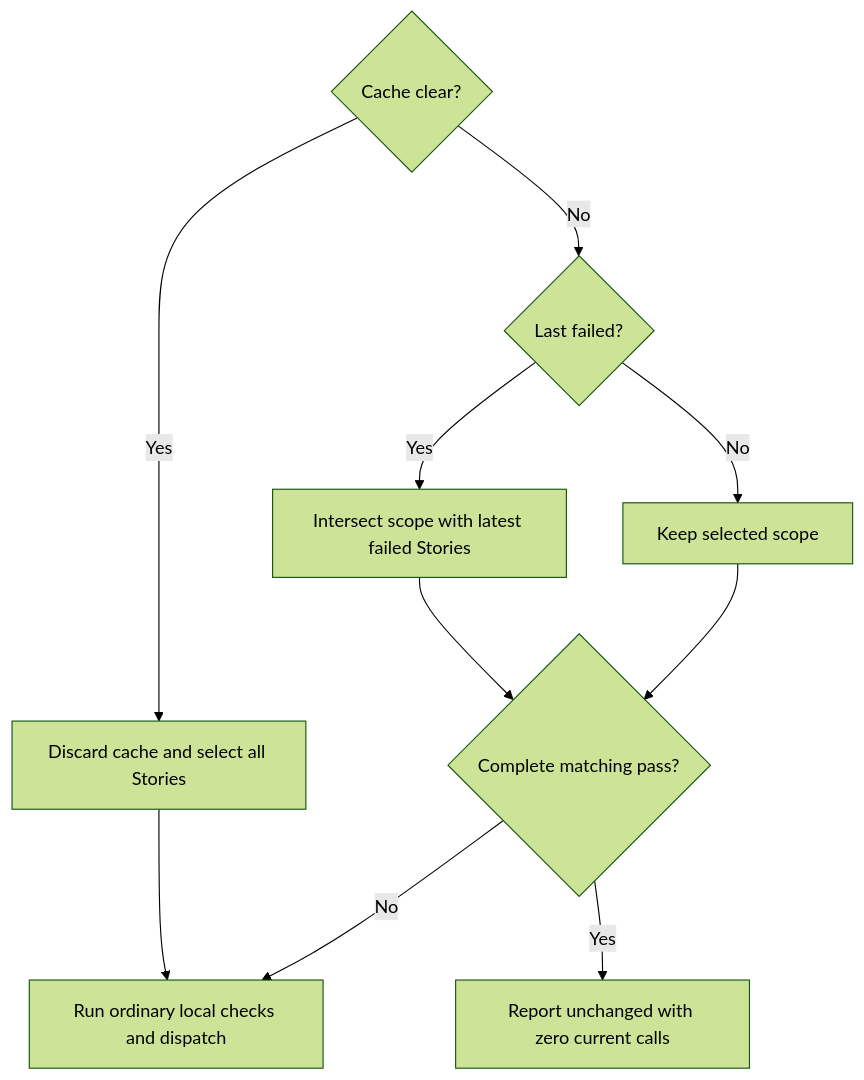
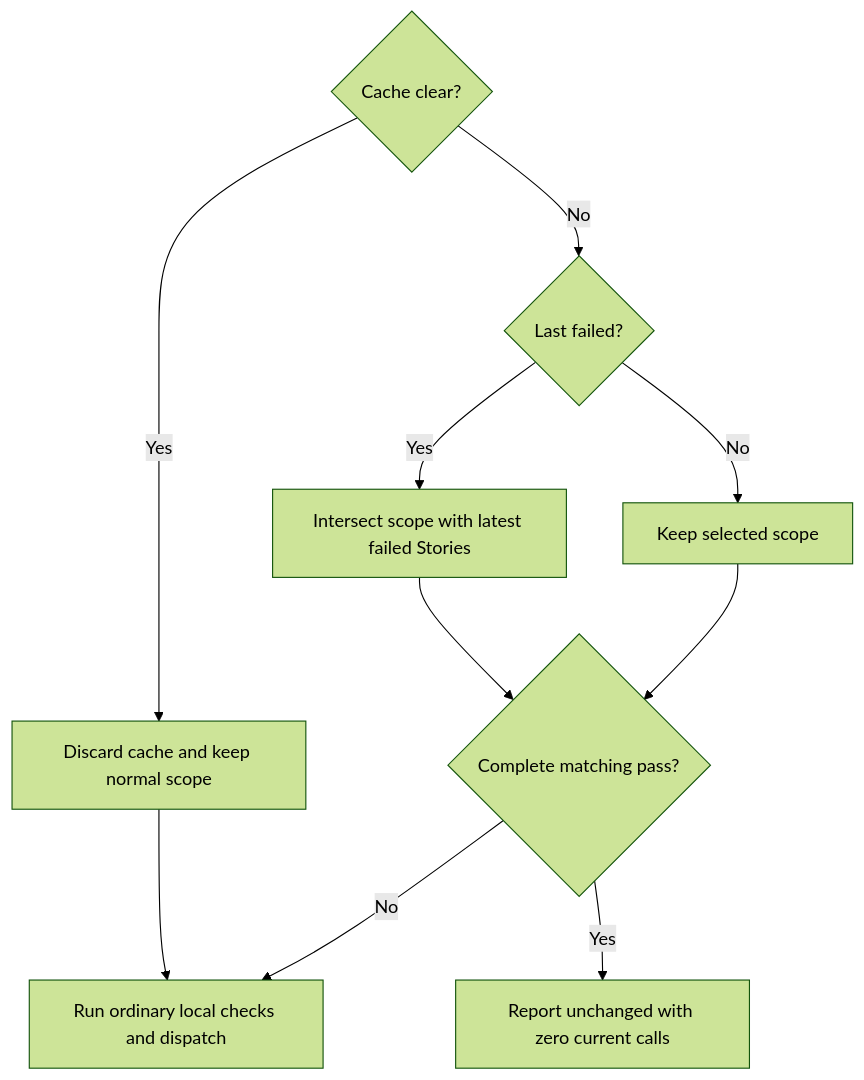
One commit to promptdriven/pdd changed the first of 2 diagrams in prompts/cli/runtime-client.prompt.md. Above: the diagram before and after it, drawn with Mermaid (forest theme). The commit also changed other lines of this file and 7 other files, not shown here.

````diff
--- a/prompts/cli/runtime-client.prompt.md
+++ b/prompts/cli/runtime-client.prompt.md
@@ -20,12 +20,12 @@
 ```mermaid
 flowchart TD
-    C{Cache clear?} -->|Yes| A[Discard cache and select all Stories]
+    C{Cache clear?} -->|Yes| A[Discard cache and keep normal scope]
     C -->|No| L{Last failed?}
     L -->|Yes| F[Intersect scope with latest failed Stories]
     L -->|No| S[Keep selected scope]
     F --> E{Complete matching pass?}
     S --> E
     A --> R[Run ordinary local checks and dispatch]
     E -->|Yes| U[Report unchanged with zero current calls]
     E -->|No| R
 ```
````
